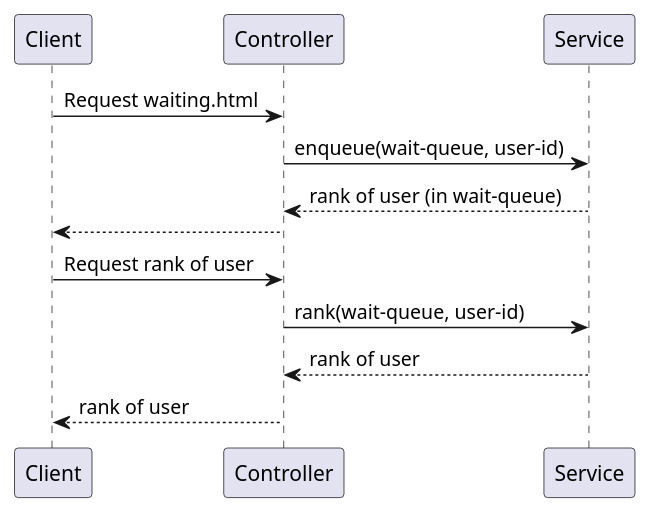
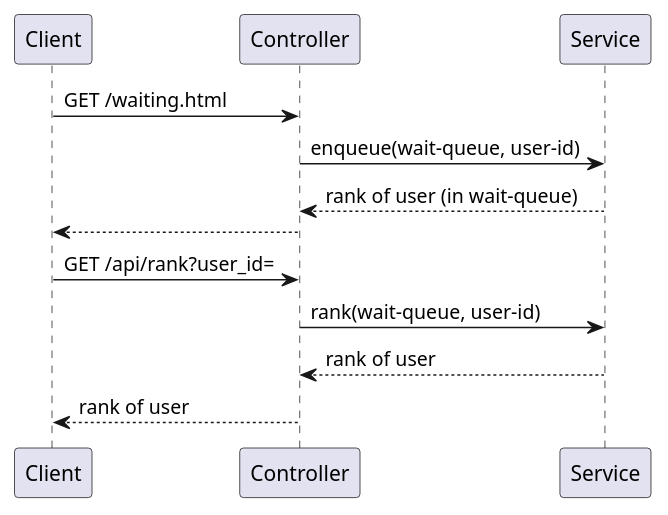
Before and after one commit to yanghoon/obsidian-workspace: the diagram in _diary/2024-06-08.md, drawn with PlantUML.

Commit message:
vault backup: 2024-06-08 14:12:38

````diff
--- a/_diary/2024-06-08.md
+++ b/_diary/2024-06-08.md
@@ -5,11 +5,11 @@
 ```plantuml
-Client -> Controller: Request waiting.html
+Client -> Controller: GET /waiting.html
 Controller -> Service: enqueue(wait-queue, user-id)
 Controller <-- Service: rank of user (in wait-queue)
 Client <-- Controller
 
-Client -> Controller: Request rank of user
+Client -> Controller: GET /api/rank?user_id=
 Controller -> Service: rank(wait-queue, user-id)
 Controller <-- Service: rank of user
 Client <-- Controller: rank of user
 ```
````
